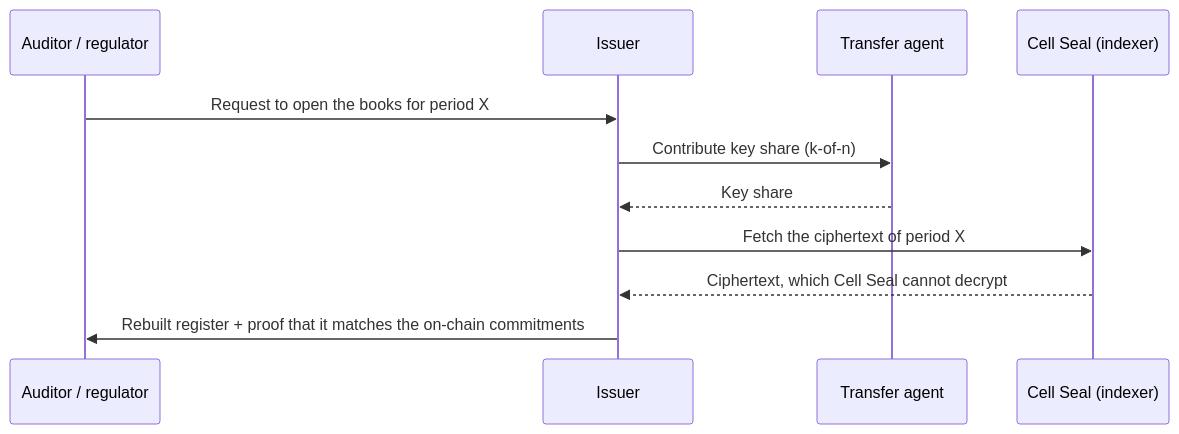
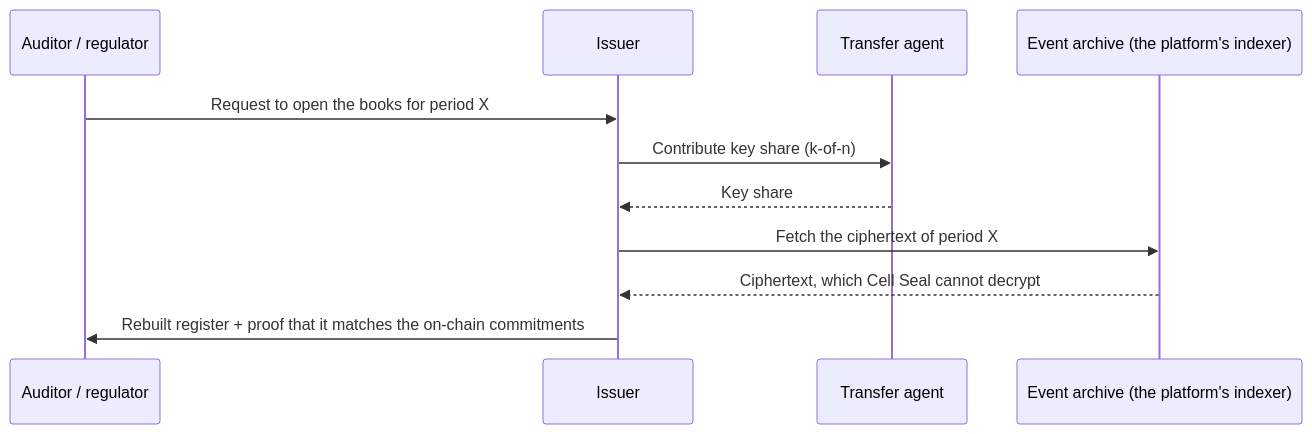
Before and after one commit to SentinelLab-VN/Cell-Seal-TDD: the fourth of 4 diagrams in docs/flows.md, drawn with Mermaid. The commit also changed other lines of this file and 16 other files, not shown here.

Commit message:
feat: update TDD Cell Seal MVP

````diff
--- a/docs/flows.md
+++ b/docs/flows.md
@@ -153,13 +153,13 @@
 ```mermaid
 sequenceDiagram
     participant A as Auditor / regulator
     participant I as Issuer
     participant T as Transfer agent
-    participant C as Cell Seal (indexer)
+    participant C as Event archive (the platform's indexer)
     A->>I: Request to open the books for period X
     I->>T: Contribute key share (k-of-n)
     T-->>I: Key share
     I->>C: Fetch the ciphertext of period X
     C-->>I: Ciphertext, which Cell Seal cannot decrypt
     I->>A: Rebuilt register + proof that it matches the on-chain commitments
 ```
````
